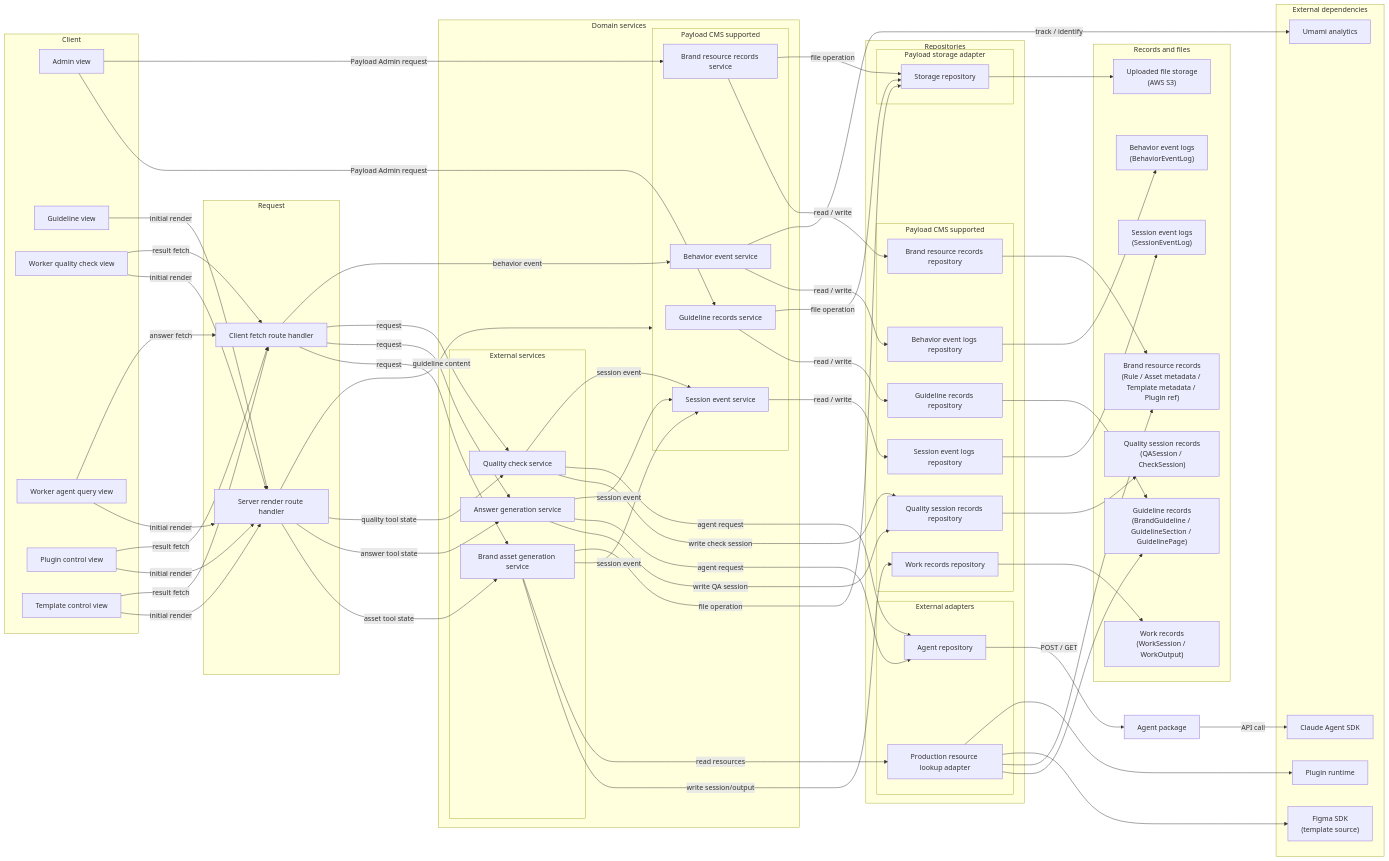
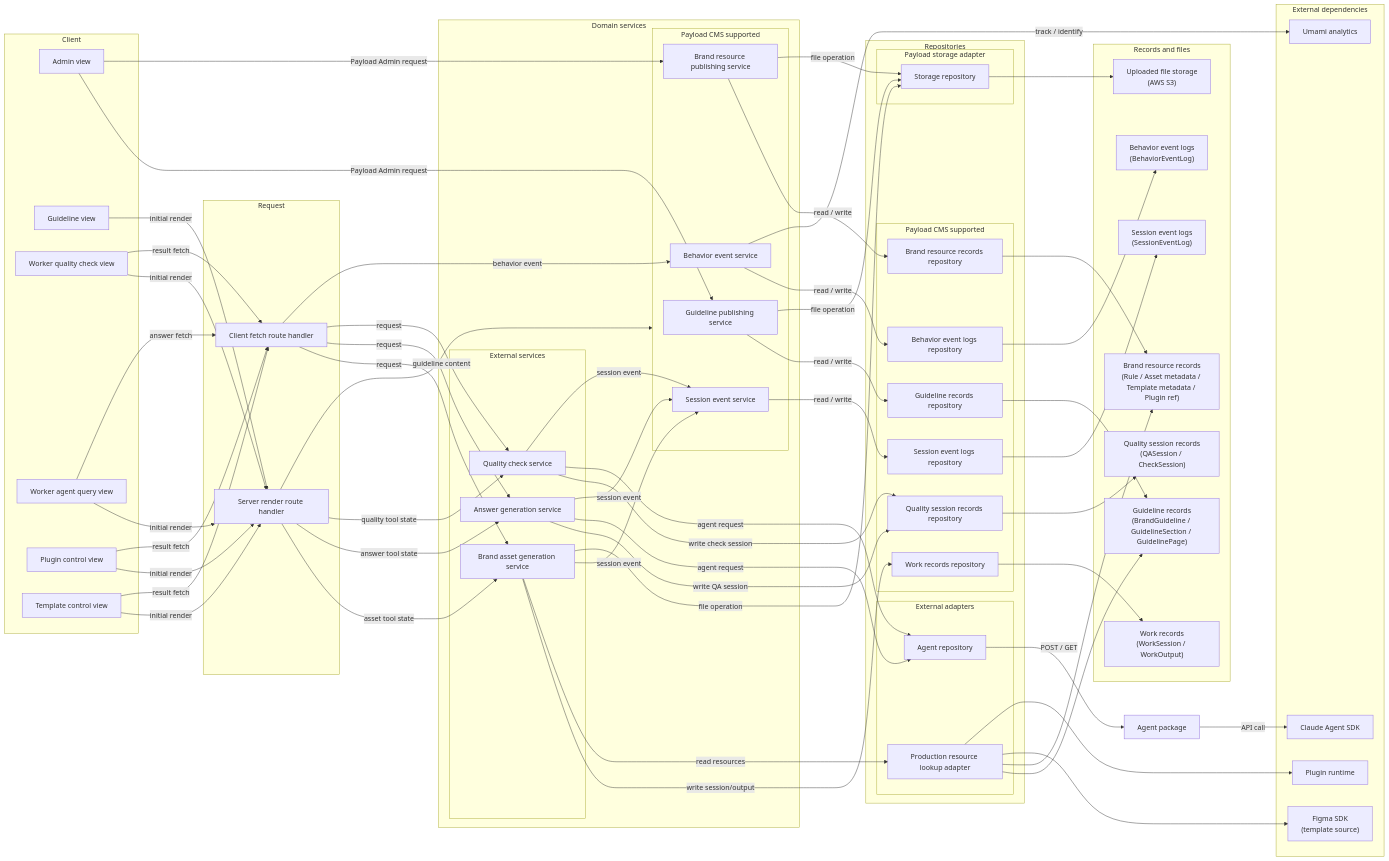
The first of 6 diagrams in docs/05-system-architecture.md (ewoooo/living-brand-system), drawn with Mermaid before and after one commit. The commit also changed other lines of this file, not shown here.

Commit message:
docs: map architecture services to use cases

```diff
--- a/docs/05-system-architecture.md
+++ b/docs/05-system-architecture.md
@@ -74,8 +74,8 @@
 
   subgraph Services["Domain services"]
     subgraph PayloadSupported["Payload CMS supported"]
-      GuidelineContentModule["Guideline records service"]
-      BrandResourceModule["Brand resource records service"]
+      GuidelinePublishingModule["Guideline publishing service"]
+      BrandResourcePublishingModule["Brand resource publishing service"]
       SessionEventModule["Session event service"]
       BehaviorEventModule["Behavior event service"]
     end
@@ -126,8 +126,8 @@
     UmamiAnalytics["Umami analytics"]
   end
 
-  AdminUI -->|"Payload Admin request"| GuidelineContentModule
-  AdminUI -->|"Payload Admin request"| BrandResourceModule
+  AdminUI -->|"Payload Admin request"| GuidelinePublishingModule
+  AdminUI -->|"Payload Admin request"| BrandResourcePublishingModule
 
   GuidelineUI -->|"initial render"| ServerRenderRouteHandler
   QualityCheckUI -->|"initial render"| ServerRenderRouteHandler
@@ -145,8 +145,8 @@
   ClientFetchRouteHandler -->|"request"| BrandAssetGenerationModule
   ClientFetchRouteHandler -->|"request"| AnswerGenerationModule
   ClientFetchRouteHandler -->|"request"| QualityModule
-  GuidelineContentModule -->|"read / write"| GuidelineRepository
-  BrandResourceModule -->|"read / write"| BrandResourceRepository
+  GuidelinePublishingModule -->|"read / write"| GuidelineRepository
+  BrandResourcePublishingModule -->|"read / write"| BrandResourceRepository
   BrandAssetGenerationModule -->|"write session/output"| ProductionRepository
   BrandAssetGenerationModule -->|"read resources"| ProductionResourceRepository
   AnswerGenerationModule -->|"write QA session"| QualityRepository
@@ -160,8 +160,8 @@
   QualityModule -->|"session event"| SessionEventModule
   ClientFetchRouteHandler -->|"behavior event"| BehaviorEventModule
   BehaviorEventModule -->|"track / identify"| UmamiAnalytics
-  GuidelineContentModule -->|"file operation"| StorageRepository
-  BrandResourceModule -->|"file operation"| StorageRepository
+  GuidelinePublishingModule -->|"file operation"| StorageRepository
+  BrandResourcePublishingModule -->|"file operation"| StorageRepository
   BrandAssetGenerationModule -->|"file operation"| StorageRepository
 
   AgentRepository -->|"POST / GET"| AgentPackage
```
